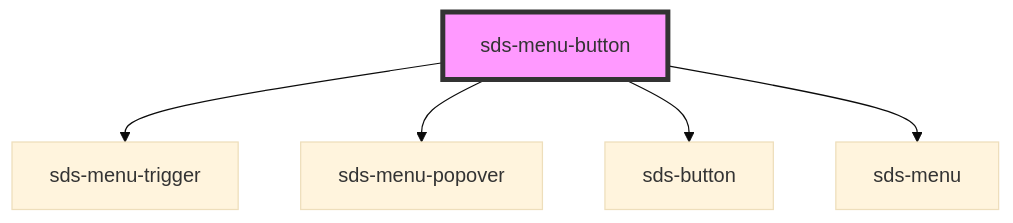
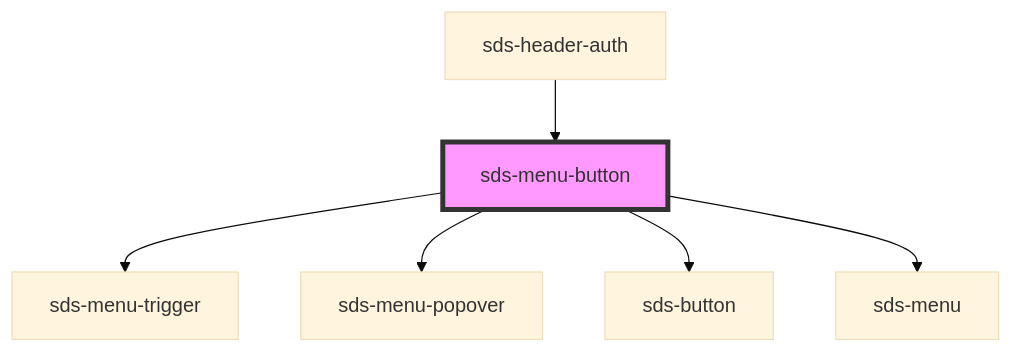
Before and after one commit to chodgesfigma/sds-mono: the diagram in packages/sds-web-components/src/ui/primitives/Menu/sds-menu-button/readme.md, drawn with Mermaid (base theme). The commit also changed other lines of this file and 15 other files, not shown here.

Commit message:
feat: header/auth and other component adjustments

````diff
--- a/packages/sds-web-components/src/ui/primitives/Menu/sds-menu-button/readme.md
+++ b/packages/sds-web-components/src/ui/primitives/Menu/sds-menu-button/readme.md
@@ -61,8 +65,9 @@
 ```mermaid
 graph TD;
   sds-menu-button --> sds-menu-trigger
   sds-menu-button --> sds-menu-popover
   sds-menu-button --> sds-button
   sds-menu-button --> sds-menu
+  sds-header-auth --> sds-menu-button
   style sds-menu-button fill:#f9f,stroke:#333,stroke-width:4px
 ```
````
